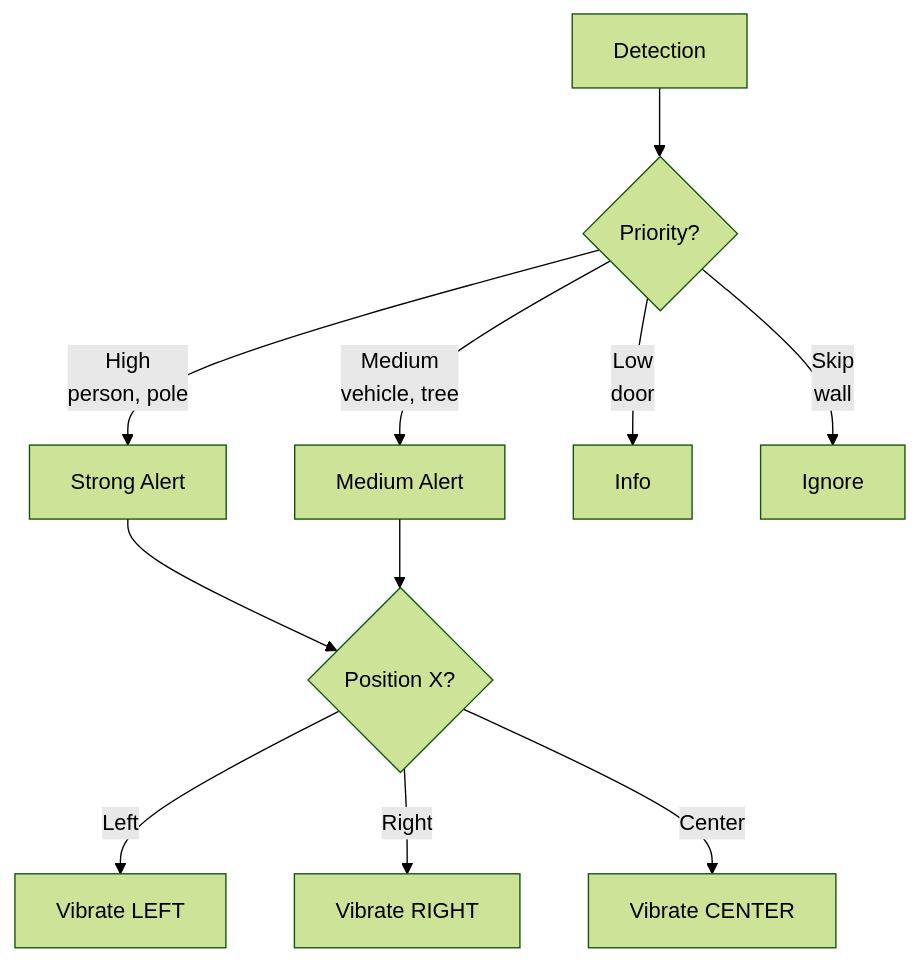
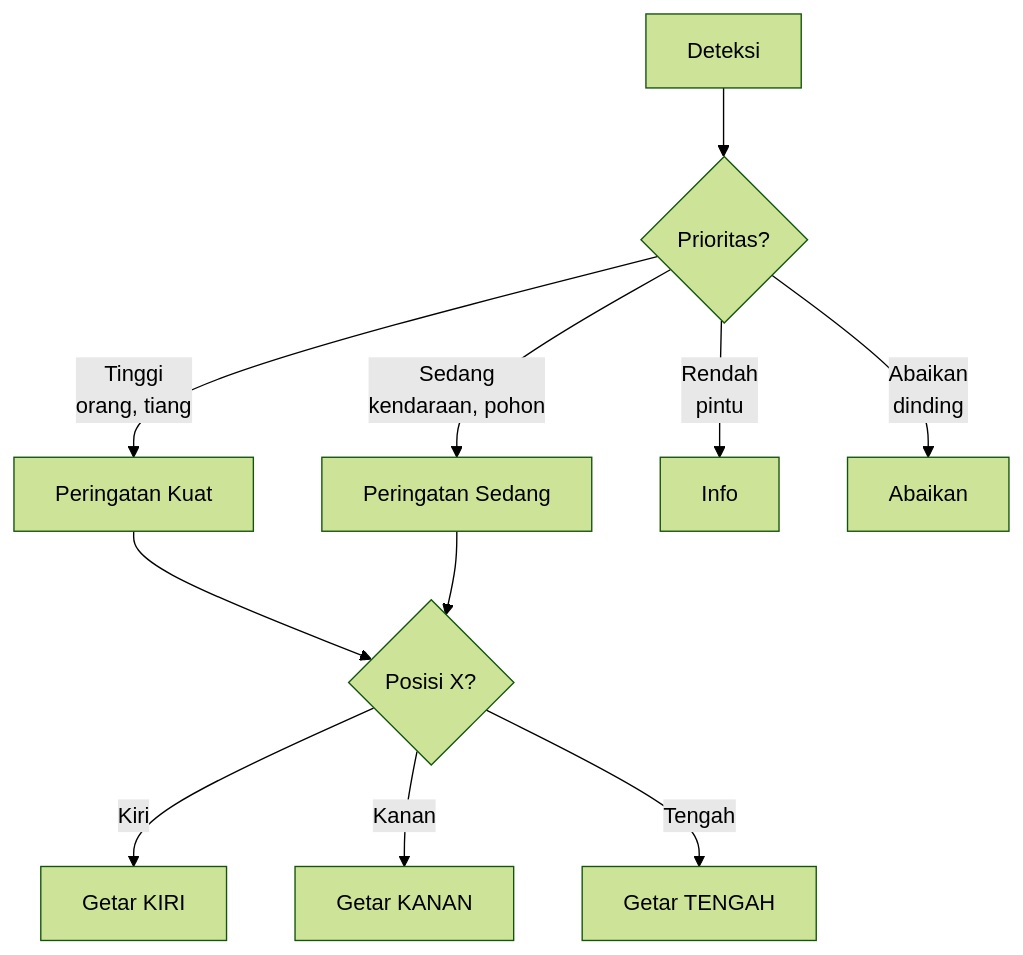
Before and after one commit to eLsann/model-esp32: the fourth of 4 diagrams in README.md, drawn with Mermaid (forest theme). The commit also changed other lines of this file, not shown here.

````diff
--- a/README.md
+++ b/README.md
@@ -101,14 +101,14 @@
 ```mermaid
 flowchart TD
-    A["Detection"] --> B{"Priority?"}
-    B -->|High<br/>person, pole| C["Strong Alert"]
-    B -->|Medium<br/>vehicle, tree| D["Medium Alert"]
-    B -->|Low<br/>door| E["Info"]
-    B -->|Skip<br/>wall| F["Ignore"]
+    A["Deteksi"] --> B{"Prioritas?"}
+    B -->|Tinggi<br/>orang, tiang| C["Peringatan Kuat"]
+    B -->|Sedang<br/>kendaraan, pohon| D["Peringatan Sedang"]
+    B -->|Rendah<br/>pintu| E["Info"]
+    B -->|Abaikan<br/>dinding| F["Abaikan"]
     
-    C --> G{"Position X?"}
+    C --> G{"Posisi X?"}
     D --> G
-    G -->|Left| H["Vibrate LEFT"]
-    G -->|Right| I["Vibrate RIGHT"]
-    G -->|Center| J["Vibrate CENTER"]
+    G -->|Kiri| H["Getar KIRI"]
+    G -->|Kanan| I["Getar KANAN"]
+    G -->|Tengah| J["Getar TENGAH"]
 ```
````
